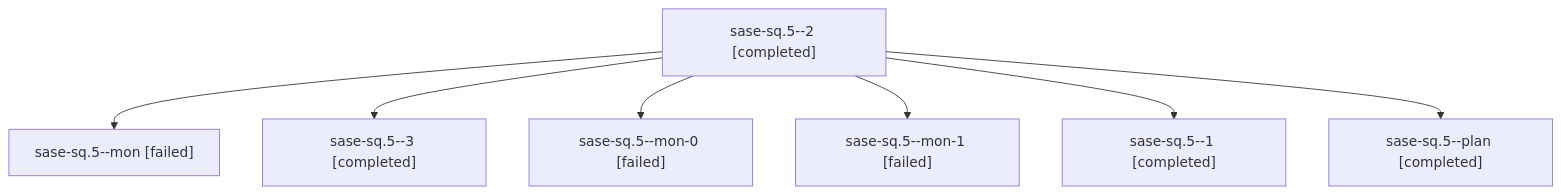
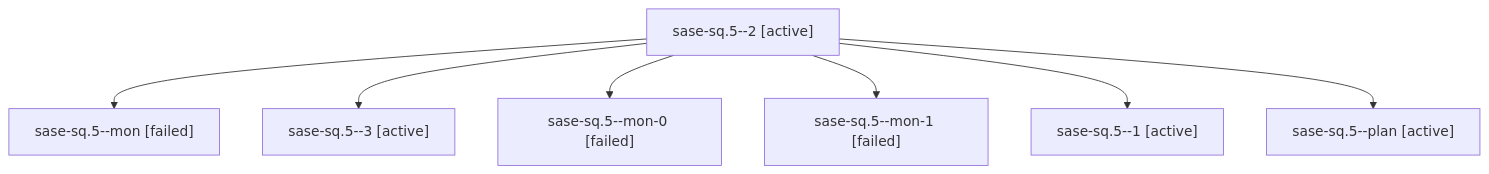
Before and after one commit to sase-org/sase--agents: the diagram in families/bbugyi200.athena.sase-sq.5.md, drawn with Mermaid. The commit also changed other lines of this file and 35830 other files, not shown here.

````diff
--- a/families/bbugyi200.athena.sase-sq.5.md
+++ b/families/bbugyi200.athena.sase-sq.5.md
@@ -9,16 +9,16 @@
 ```mermaid
 flowchart TD
-  n0["sase-sq.5--2 [completed]"]
+  n0["sase-sq.5--2 [active]"]
   n1["sase-sq.5--mon [failed]"]
   n0 --> n1
-  n2["sase-sq.5--3 [completed]"]
+  n2["sase-sq.5--3 [active]"]
   n0 --> n2
   n3["sase-sq.5--mon-0 [failed]"]
   n0 --> n3
   n4["sase-sq.5--mon-1 [failed]"]
   n0 --> n4
-  n5["sase-sq.5--1 [completed]"]
+  n5["sase-sq.5--1 [active]"]
   n0 --> n5
-  n6["sase-sq.5--plan [completed]"]
+  n6["sase-sq.5--plan [active]"]
   n0 --> n6
 ```
````
